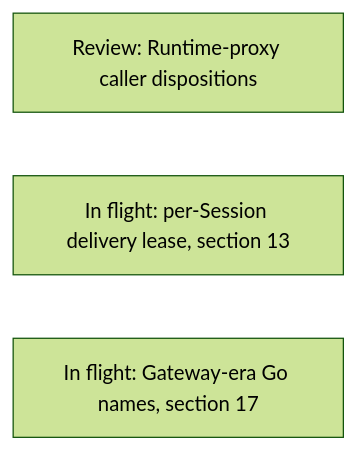
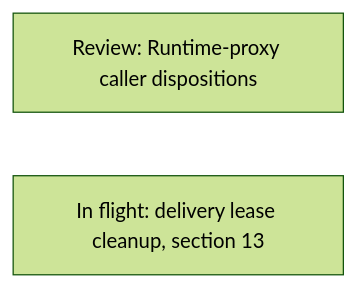
Before and after one commit to agentydragon/ducktape: the first of 20 diagrams in agentplane/plans/task_dag.md, drawn with Mermaid (forest theme). The commit also changed other lines of this file and 1 other file, not shown here.

First line of the commit message:
Burn down Gateway-era Go names and record the delivery lease rollout

````diff
--- a/agentplane/plans/task_dag.md
+++ b/agentplane/plans/task_dag.md
@@ -205,6 +204,5 @@
 ```mermaid
 flowchart LR
     RUNTIME_PROXY_CALLER_AUDIT[Review: Runtime-proxy caller dispositions]
-    DISPATCHER_PERSISTENCE_MODEL_DESIGN[In flight: per-Session delivery lease, section 13]
-    GATEWAY_ERA_NAMES[In flight: Gateway-era Go names, section 17]
+    DISPATCHER_PERSISTENCE_MODEL_DESIGN[In flight: delivery lease cleanup, section 13]
 ```
````
